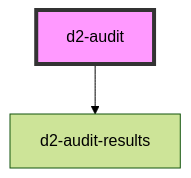
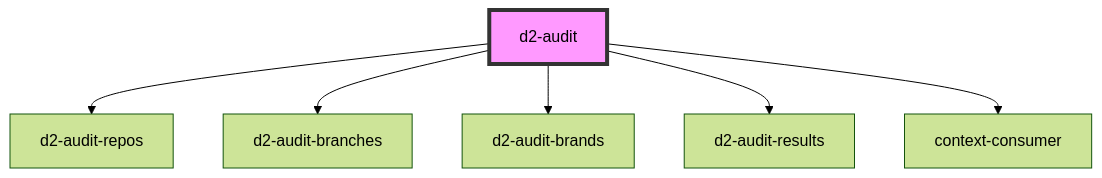
One commit to georgeadamson/bitbucket-repo-auditor changed the diagram in src/components/d2-audit/readme.md. Above: the diagram before and after it, drawn with Mermaid (forest theme). The commit also changed other lines of this file and 31 other files, not shown here.

````diff
--- a/src/components/d2-audit/readme.md
+++ b/src/components/d2-audit/readme.md
@@ -25,5 +29,9 @@
 ```mermaid
 graph TD;
+  d2-audit --> d2-audit-repos
+  d2-audit --> d2-audit-branches
+  d2-audit --> d2-audit-brands
   d2-audit --> d2-audit-results
+  d2-audit --> context-consumer
   style d2-audit fill:#f9f,stroke:#333,stroke-width:4px
 ```
````
